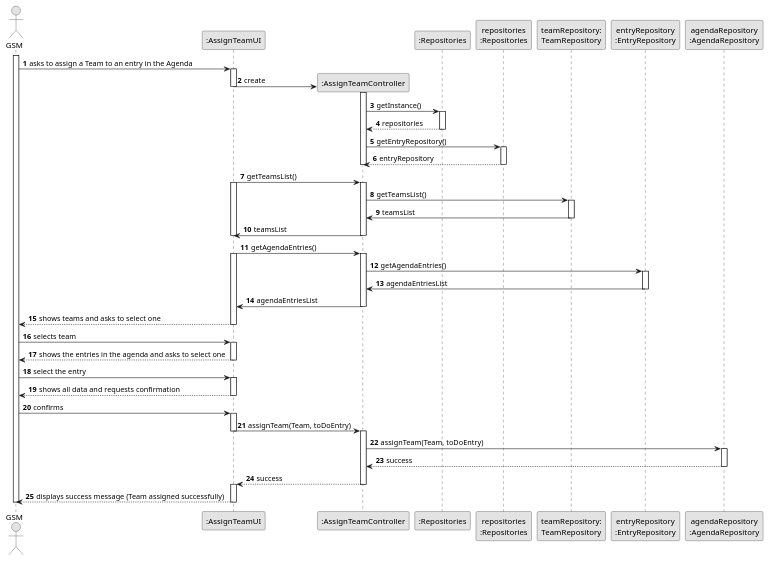
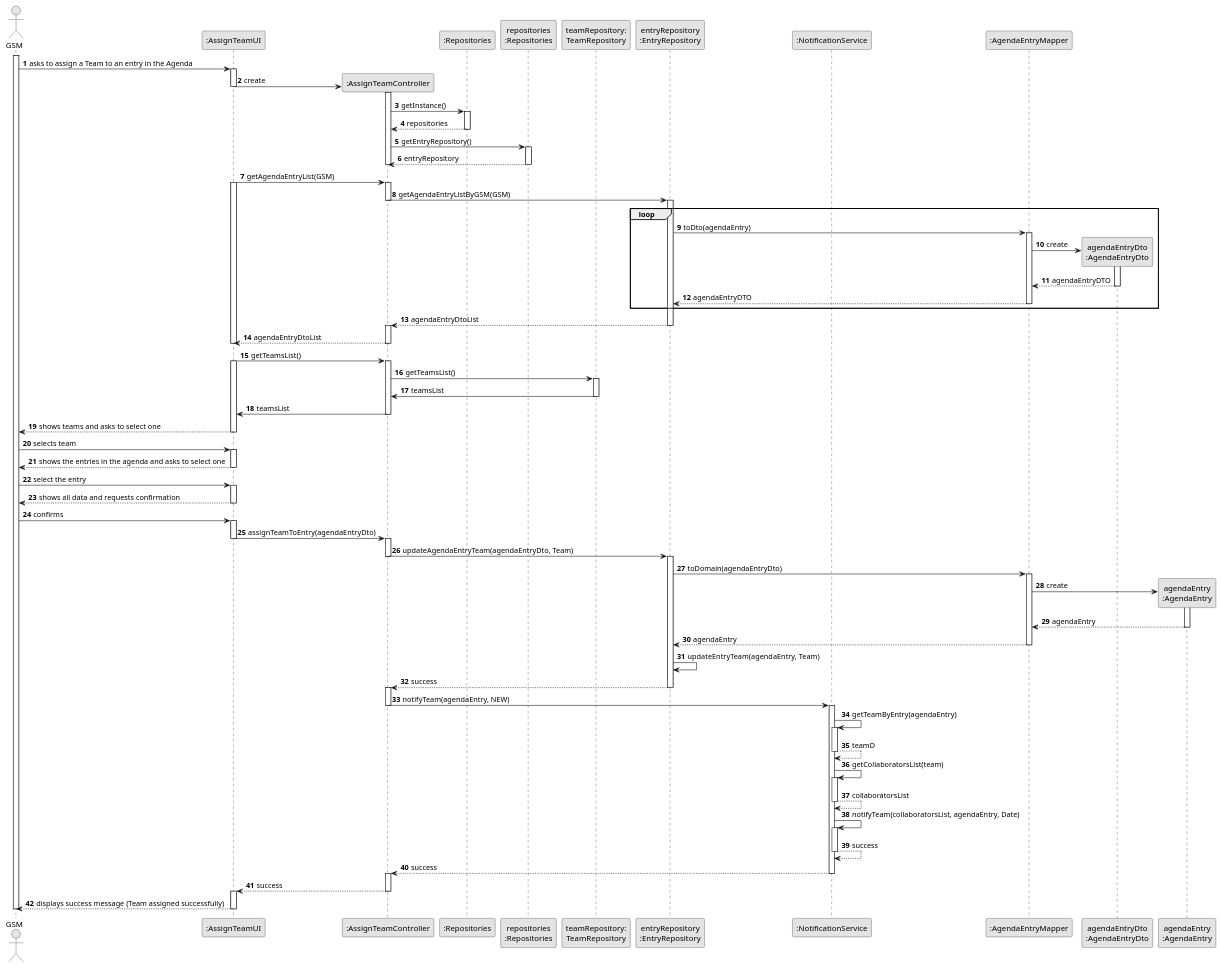
The diagram in docs/sprintC/us023/03.design/puml/us023-sequence-diagram-full.puml (ricardomm7/leaflink), drawn with PlantUML before and after one commit.

Commit message:
#135 US023 design SSD update

```diff
--- a/docs/sprintC/us023/03.design/puml/us023-sequence-diagram-full.puml
+++ b/docs/sprintC/us023/03.design/puml/us023-sequence-diagram-full.puml
@@ -2,108 +2,171 @@
 @startuml
 skinparam monochrome true
 skinparam packageStyle rectangle
 skinparam shadowing false
 
 'title System Sequence Diagram (SSD) - US006
 
 autonumber
 
 actor "GSM" as GSM
 participant ":AssignTeamUI" as UI
 participant ":AssignTeamController" as CTRL
 participant ":Repositories" as RepositorySingleton
 participant "repositories\n:Repositories" as PLAT
 participant "teamRepository:\nTeamRepository" as TeamRepository
-participant "entryRepository\n:EntryRepository" as EntryRepository
-participant "agendaRepository\n:AgendaRepository" as AgendaRepository
+participant "entryRepository\n:EntryRepository" as EntryRepo
+participant ":NotificationService" as NotificationService
+participant ":AgendaEntryMapper" as AgendaEntryMapper
+participant "agendaEntryDto\n:AgendaEntryDto" as AgendaEntryDto
+participant "agendaEntry\n:AgendaEntry" as AgendaEntry
 
 activate GSM
 
     GSM -> UI : asks to assign a Team to an entry in the Agenda
     activate UI
 
         UI -> CTRL** : create
         deactivate UI
                 activate CTRL
 
                     CTRL -> RepositorySingleton : getInstance()
                     activate RepositorySingleton
 
                         RepositorySingleton --> CTRL : repositories
                     deactivate RepositorySingleton
 
                     CTRL -> PLAT : getEntryRepository()
                     activate PLAT
 
                         PLAT --> CTRL : entryRepository
                     deactivate PLAT
 
                      deactivate CTRL
 
                 deactivate UI
 
-        UI -> CTRL : getTeamsList()
-        activate UI
-        activate CTRL
-
-        CTRL -> TeamRepository : getTeamsList()
-        activate TeamRepository
-
-        TeamRepository -> CTRL : teamsList
-        deactivate TeamRepository
-
-        CTRL -> UI : teamsList
-        deactivate CTRL
-        deactivate UI
-
-        UI -> CTRL : getAgendaEntries()
+        UI -> CTRL: getAgendaEntryList(GSM)
                 activate UI
                 activate CTRL
 
-                CTRL -> EntryRepository : getAgendaEntries()
-                activate EntryRepository
+                    CTRL -> EntryRepo: getAgendaEntryListByGSM(GSM)
+                    deactivate CTRL
+                    activate EntryRepo
 
-                EntryRepository -> CTRL : agendaEntriesList
-                deactivate EntryRepository
+                    loop
 
-                CTRL -> UI : agendaEntriesList
+                    EntryRepo -> AgendaEntryMapper : toDto(agendaEntry)
+                    activate AgendaEntryMapper
+
+                        AgendaEntryMapper -> AgendaEntryDto** : create
+                        activate AgendaEntryDto
+
+                        AgendaEntryDto --> AgendaEntryMapper : agendaEntryDTO
+                        deactivate AgendaEntryDto
+
+                    AgendaEntryMapper --> EntryRepo : agendaEntryDTO
+                    deactivate AgendaEntryMapper
+                    end
+
+                    EntryRepo --> CTRL : agendaEntryDtoList
+                    deactivate EntryRepo
+                    activate CTRL
+
+                CTRL --> UI : agendaEntryDtoList
+                deactivate CTRL
+                deactivate UI
+
+        UI -> CTRL : getTeamsList()
+                activate UI
+                activate CTRL
+
+                CTRL -> TeamRepository : getTeamsList()
+                activate TeamRepository
+
+                TeamRepository -> CTRL : teamsList
+                deactivate TeamRepository
+
+                CTRL -> UI : teamsList
                 deactivate CTRL
 
         UI --> GSM : shows teams and asks to select one
         deactivate UI
 
     GSM -> UI : selects team
     activate UI
 
     UI --> GSM : shows the entries in the agenda and asks to select one
     deactivate UI
 
     GSM -> UI: select the entry
     activate UI
 
     UI --> GSM : shows all data and requests confirmation
     deactivate UI
 
     GSM -> UI: confirms
     activate UI
 
-        UI -> CTRL : assignTeam(Team, toDoEntry)
-        deactivate UI
-        activate CTRL
+        UI -> CTRL : assignTeamToEntry(agendaEntryDto)
+                deactivate UI
+                activate CTRL
 
-        CTRL -> AgendaRepository : assignTeam(Team, toDoEntry)
-        activate AgendaRepository
 
-        AgendaRepository --> CTRL: success
-        deactivate AgendaRepository
+                    CTRL -> EntryRepo : updateAgendaEntryTeam(agendaEntryDto, Team)
+                    deactivate CTRL
+                    activate EntryRepo
+
+                    EntryRepo -> AgendaEntryMapper : toDomain(agendaEntryDto)
+                    activate AgendaEntryMapper
+
+                        AgendaEntryMapper -> AgendaEntry** : create
+                        activate AgendaEntry
+
+                        AgendaEntry --> AgendaEntryMapper : agendaEntry
+                        deactivate AgendaEntry
+
+                    AgendaEntryMapper --> EntryRepo : agendaEntry
+                    deactivate AgendaEntryMapper
+
+                        EntryRepo -> EntryRepo : updateEntryTeam(agendaEntry, Team)
+
+                    EntryRepo --> CTRL : success
+                    deactivate EntryRepo
+                    activate CTRL
+
+        CTRL -> NotificationService : notifyTeam(agendaEntry, NEW)
+                    deactivate CTRL
+                    activate NotificationService
+
+                        NotificationService -> NotificationService : getTeamByEntry(agendaEntry)
+                        activate NotificationService
+
+                        NotificationService --> NotificationService : teamD
+                        deactivate NotificationService
+
+                        NotificationService -> NotificationService : getCollaboratorsList(team)
+                        activate NotificationService
+
+                        NotificationService --> NotificationService : collaboratorsList
+                        deactivate NotificationService
+
+                        NotificationService -> NotificationService : notifyTeam(collaboratorsList, agendaEntry, Date)
+                        activate NotificationService
+
+                        NotificationService --> NotificationService : success
+                        deactivate NotificationService
+
+                        NotificationService --> CTRL : success
+                        deactivate NotificationService
+                activate CTRL
 
         CTRL --> UI : success
         deactivate CTRL
         activate UI
 
     UI --> GSM : displays success message (Team assigned successfully)
     deactivate UI
 
 deactivate GSM
 
 @enduml
```
